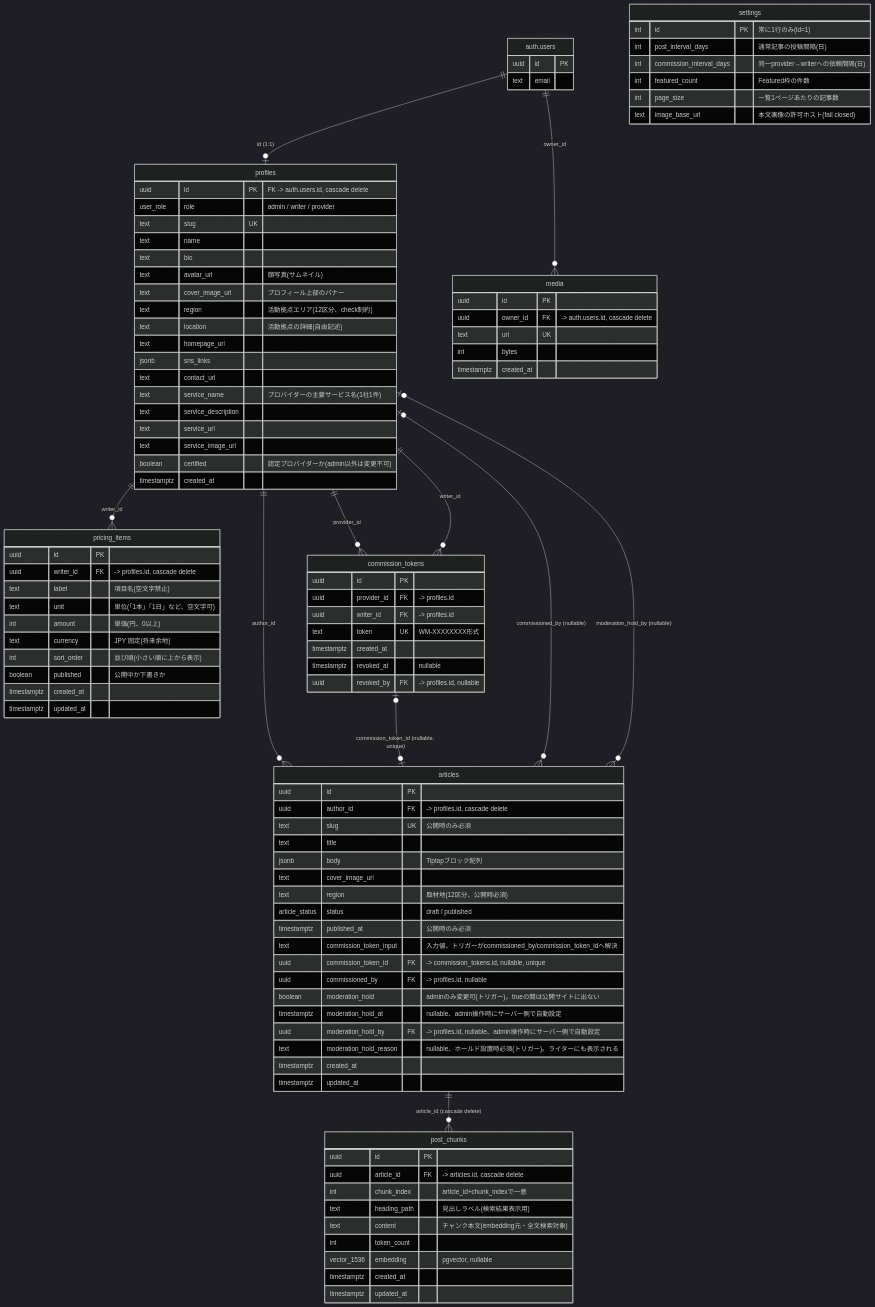
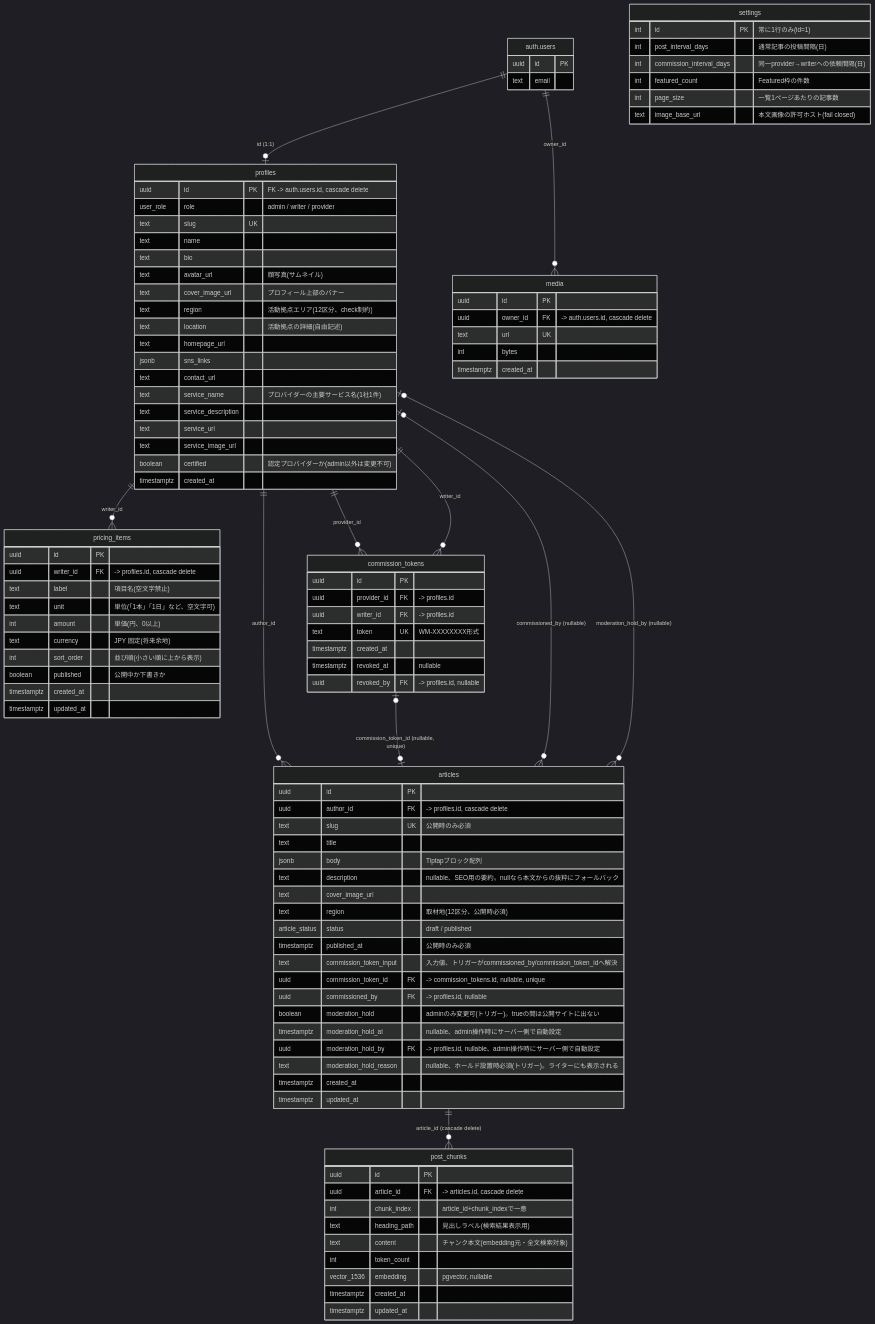
The diagram in docs/DATABASE.md (whimCrouwel/wyld-media), drawn with Mermaid (dark theme) before and after one commit. The commit also changed 5 other files, not shown here.

```diff
--- a/docs/DATABASE.md
+++ b/docs/DATABASE.md
@@ -47,6 +47,7 @@
         text slug UK "公開時のみ必須"
         text title
         jsonb body "Tiptapブロック配列"
+        text description "nullable、SEO用の要約。nullなら本文からの抜粋にフォールバック"
         text cover_image_url
         text region "取材地(12区分、公開時必須)"
         article_status status "draft / published"
```
